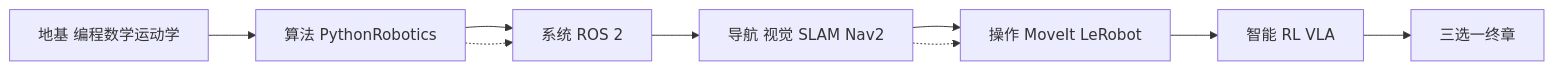
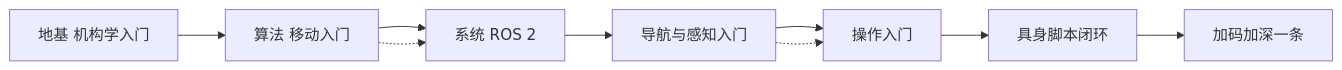
The diagram in docs/preface/roadmap.md (xuchongfeng/robotic-learning-plan), drawn with Mermaid before and after one commit. The commit also changed other lines of this file and 57 other files, not shown here.

````diff
--- a/docs/preface/roadmap.md
+++ b/docs/preface/roadmap.md
@@ -3,11 +5,11 @@
 ```mermaid
 flowchart LR
-  A[地基 编程数学运动学] --> B[算法 PythonRobotics]
+  A[地基 机构学入门] --> B[算法 移动入门]
   B --> C[系统 ROS 2]
-  C --> D[导航 视觉 SLAM Nav2]
-  D --> E[操作 MoveIt LeRobot]
-  E --> F[智能 RL VLA]
-  F --> G[三选一终章]
+  C --> D[导航与感知入门]
+  D --> E[操作入门]
+  E --> F[具身脚本闭环]
+  F --> G[加码加深一条]
   B -.-> C
   D -.-> E
 ```
````
